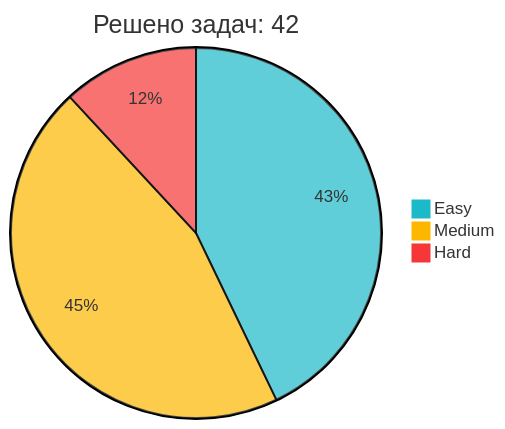
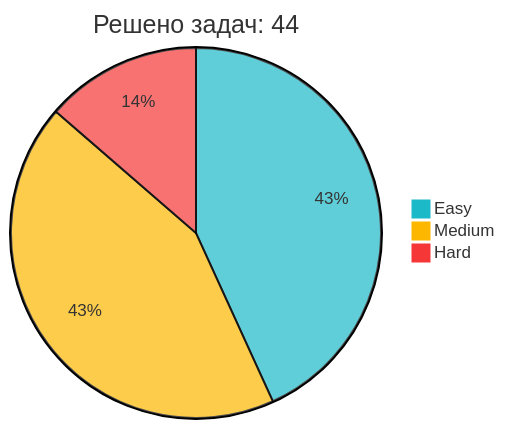
One commit to IliaKurdukov/IliaKurdukov changed the diagram in README.md. Above: the diagram before and after it, drawn with Mermaid. The commit also changed other lines of this file, not shown here.

Commit message:
📈 Обновление статистики LeetCode

````diff
--- a/README.md
+++ b/README.md
@@ -51,7 +51,7 @@
 ```mermaid
 %%{init: {'theme': 'base', 'themeVariables': { 'pie1': '#1CBAC8', 'pie2': '#FEB700', 'pie3': '#F63737' }, 'config': {'width': 300, 'height': 200}}}%%
-pie title Решено задач: 42
-   "Easy" : 18
+pie title Решено задач: 44
+   "Easy" : 19
    "Medium" : 19
-   "Hard" : 5
+   "Hard" : 6
 ```
````
